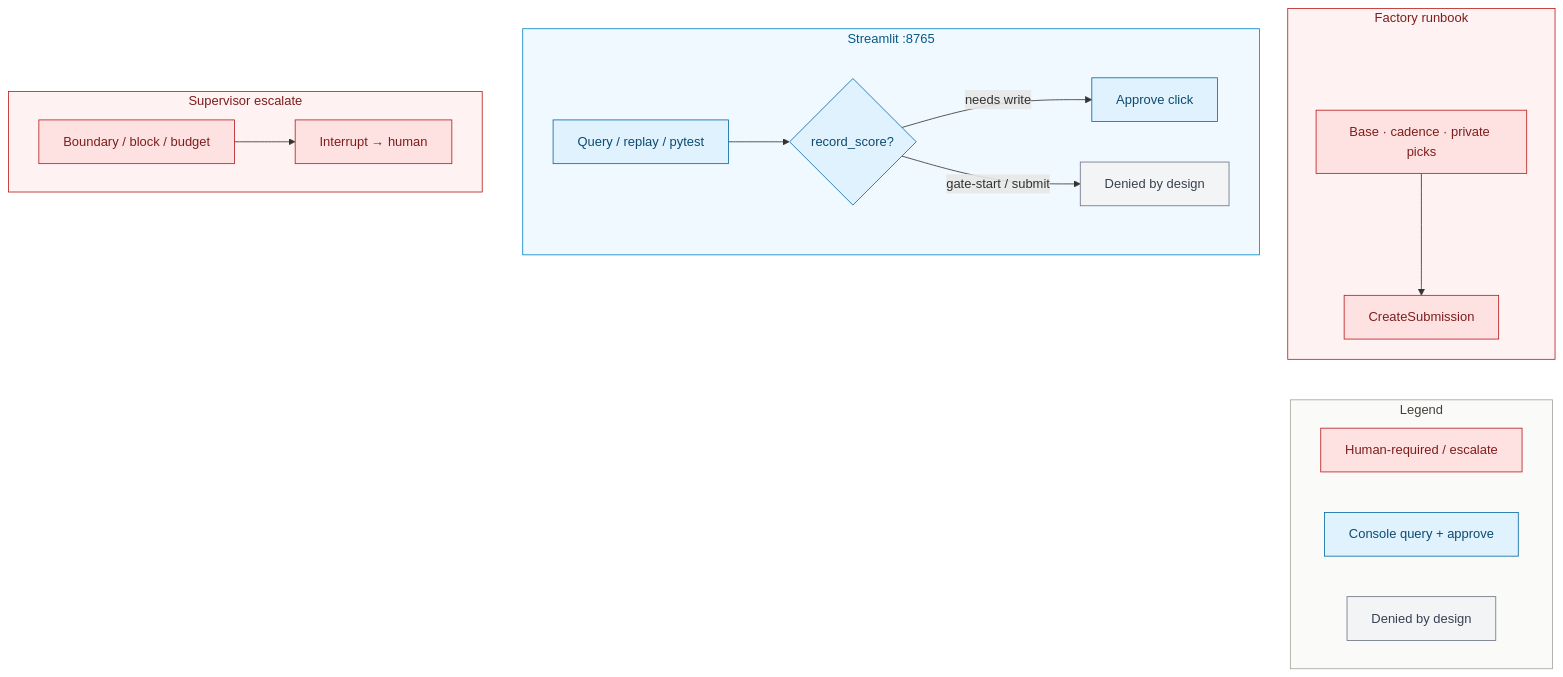
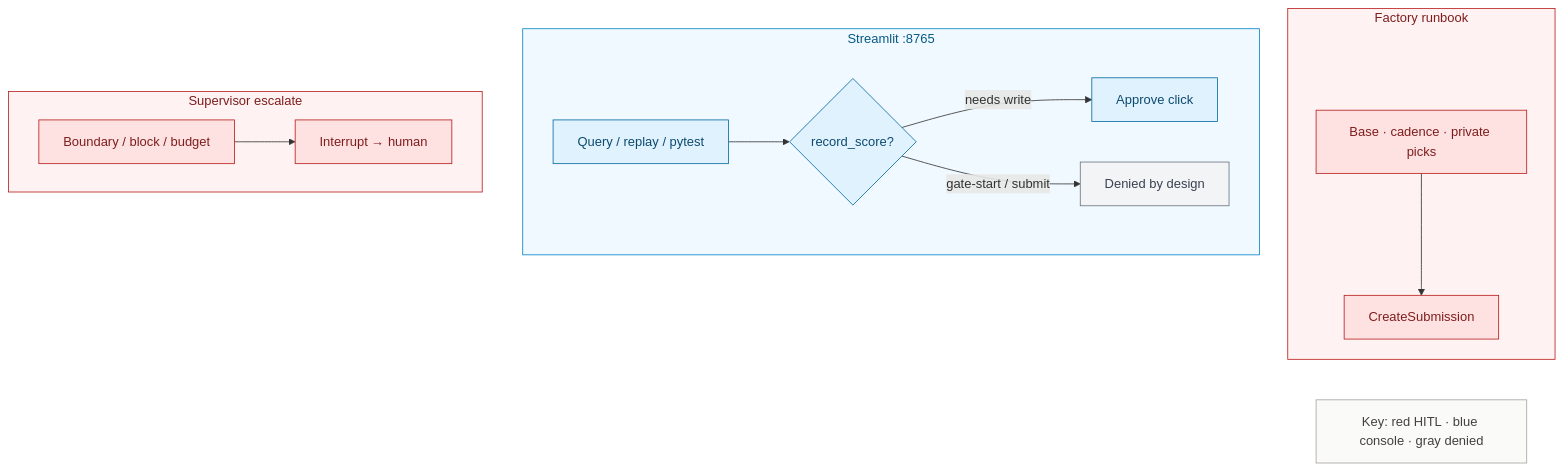
Before and after one commit to khaosans/noisegate-gemma4-factory: the second of 2 diagrams in docs/wiki/Requirements-Compliance.md, drawn with Mermaid. The commit also changed other lines of this file and 4 other files, not shown here.

First line of the commit message:
docs: compact Mermaid legends to single Key lines

````diff
--- a/docs/wiki/Requirements-Compliance.md
+++ b/docs/wiki/Requirements-Compliance.md
@@ -84,35 +80,30 @@
 ```mermaid
 flowchart TB
   subgraph FactoryHITL["Factory runbook"]
     F1[Base · cadence · private picks] --> F4[CreateSubmission]
   end
 
   subgraph ConsoleHITL["Streamlit :8765"]
     C1[Query / replay / pytest] --> C2{record_score?}
     C2 -->|needs write| C3[Approve click]
     C2 -->|gate-start / submit| C4[Denied by design]
   end
 
   subgraph SuperHITL["Supervisor escalate"]
     E1[Boundary / block / budget] --> E2[Interrupt → human]
   end
 
-  subgraph Legend["Legend"]
-    direction LR
-    LegH[Human-required / escalate]
-    LegO[Console query + approve]
-    LegD[Denied by design]
-  end
-  F4 ~~~ LegH
+  Key["Key: red HITL · blue console · gray denied"]
+  F4 ~~~ Key
 
   classDef hitl fill:#FEE2E2,stroke:#B91C1C,color:#7F1D1D
   classDef ops fill:#E0F2FE,stroke:#0369A1,color:#0C4A6E
   classDef deny fill:#F3F4F6,stroke:#6B7280,color:#374151
-  class F1,F4,E1,E2,LegH hitl
-  class C1,C2,C3,LegO ops
-  class C4,LegD deny
+  class F1,F4,E1,E2 hitl
+  class C1,C2,C3 ops
+  class C4 deny
   style FactoryHITL fill:#FEF2F2,stroke:#B91C1C,color:#7F1D1D
   style ConsoleHITL fill:#F0F9FF,stroke:#0284C7,color:#075985
   style SuperHITL fill:#FEF2F2,stroke:#B91C1C,color:#7F1D1D
-  style Legend fill:#FAFAF9,stroke:#A8A29E,color:#44403C
+  style Key fill:#FAFAF9,stroke:#A8A29E,color:#44403C
 ```
````
